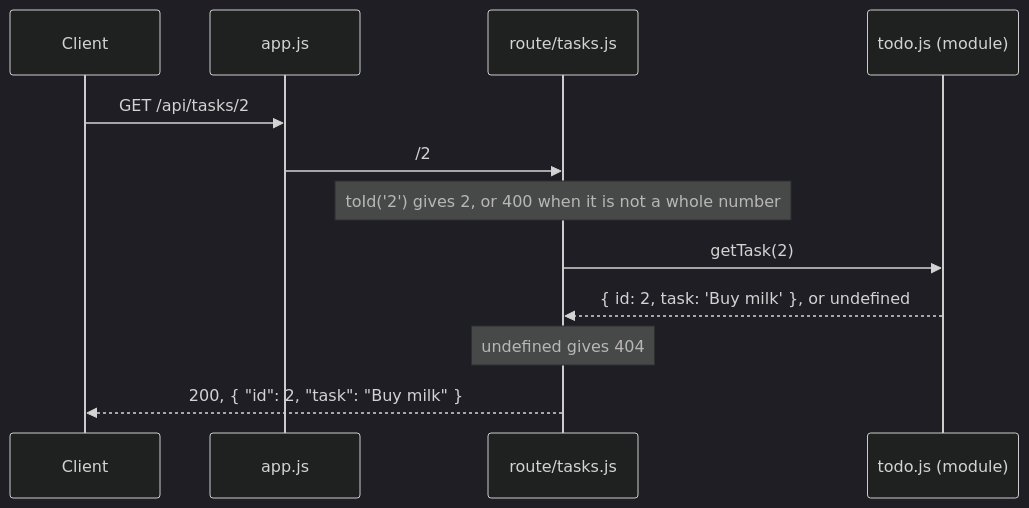
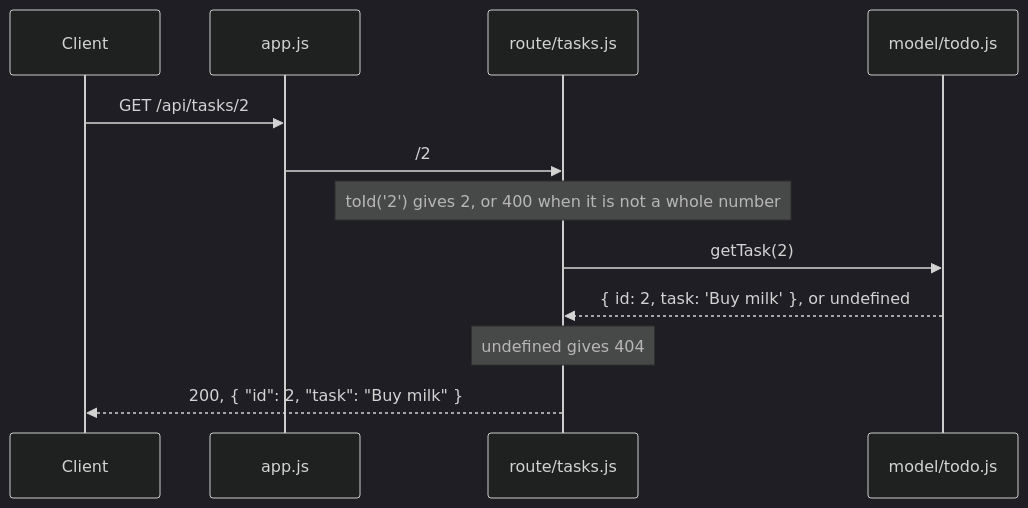
Before and after one commit to Jenniferjepp/Backend-course-Repo: the diagram in exercise/2-50-todo-api.md, drawn with Mermaid (dark theme). The commit also changed other lines of this file, not shown here.

First line of the commit message:
2-50: the module goes in src/model/, the route handler is the controller

````diff
--- a/exercise/2-50-todo-api.md
+++ b/exercise/2-50-todo-api.md
@@ -47,14 +51,14 @@
 ```mermaid
 sequenceDiagram
   participant C as Client
   participant A as app.js
   participant R as route/tasks.js
-  participant T as todo.js (module)
+  participant T as model/todo.js
   C->>A: GET /api/tasks/2
   A->>R: /2
   Note over R: toId('2') gives 2, or 400 when it is not a whole number
   R->>T: getTask(2)
   T-->>R: { id: 2, task: 'Buy milk' }, or undefined
   Note over R: undefined gives 404
   R-->>C: 200, { "id": 2, "task": "Buy milk" }
 ```
````
